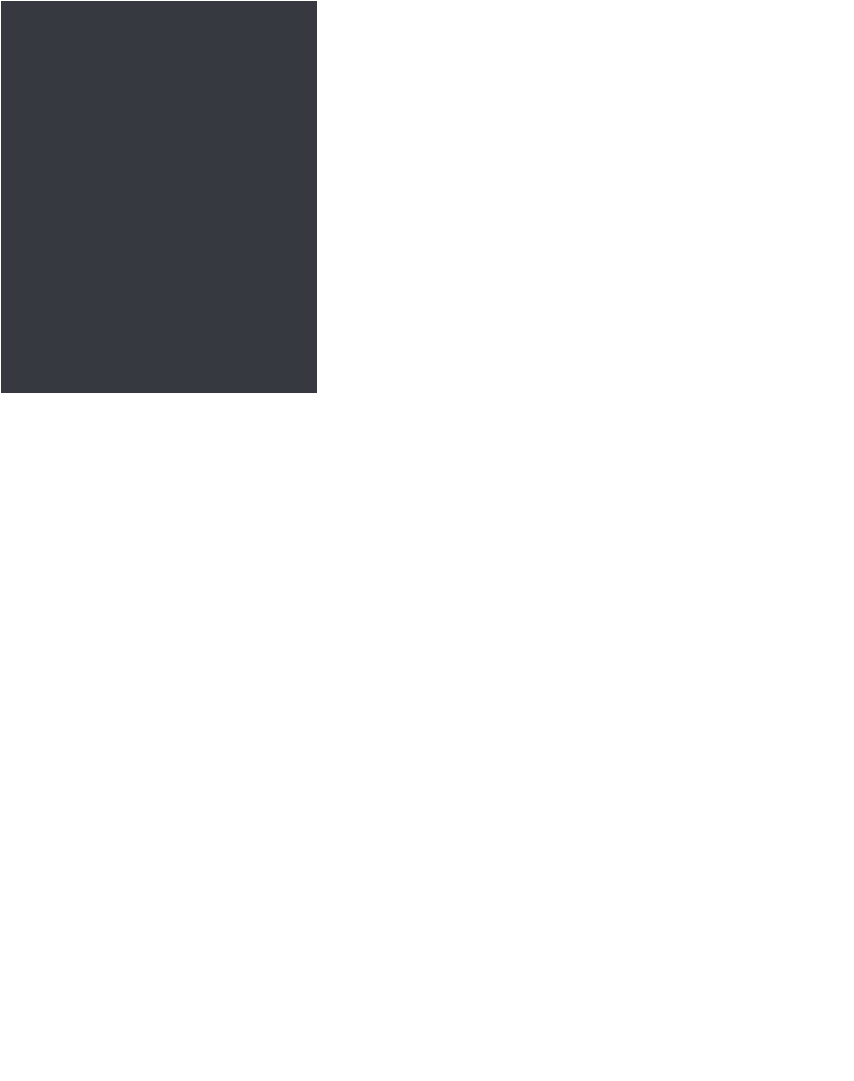
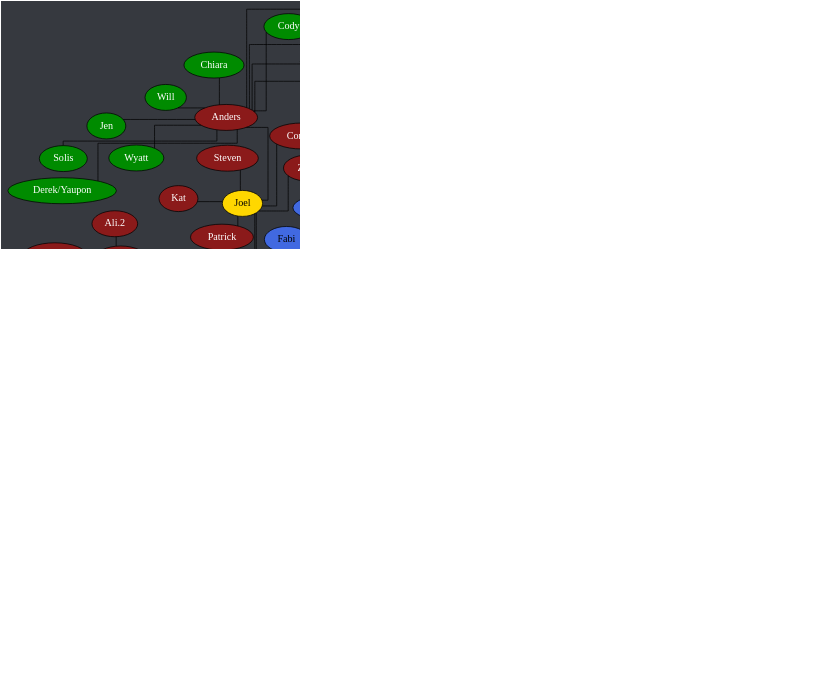
The diagram in tree.dot (Documidas/CoronaCatzFamilyTree), drawn with Graphviz before and after one commit. The commit also changed 1 other file, not shown here.

```diff
--- a/tree.dot
+++ b/tree.dot
@@ -1,160 +1,160 @@
 strict graph {
 	// Layout Configuration
 	layout = neato;
 	dpi = 200;
 	epsilon = 0.01;
 	mode = major;
 	model = subset;
 	overlap = false;
 	splines = ortho;
 	start = rand;
 
 	// Visual Configuration
 	graph [ truecolor=true bgcolor="#36393f" ];
 	node [ style=filled fillcolor="gray" fontcolor="black" ];
 
 	subgraph "Joel" {
 		node [ style=filled fillcolor="firebrick4" fontcolor="white" ];
 		Joel [ style=filled fillcolor="gold" fontcolor="black" ];
 
 		Cayla -- "Ali.2";
 		Cayla -- Jonathan;
 		Cayla -- Kate;
 		Cayla -- Ranger;
 		Joel -- Anders;
 		Joel -- Cayla;
 		Joel -- Conner;
 		Joel -- Jared;
 		Joel -- Kat;
 		Joel -- Patrick;
 		Joel -- Steven;
 		Joel -- Zach;
 	}
 
 	subgraph "Anders" {
 		node [ style=filled fillcolor="green4" fontcolor="white" ];
 		// Anders [ style=filled fillcolor="green4" fontcolor="white" ];
 
 		Anders -- Chiara;
 		Anders -- Cody;
 		Anders -- Daniel;
 		Anders -- "Derek/Yaupon";
 		Anders -- DJ;
 		Anders -- Hahnur;
 		Anders -- Jen;
 		Anders -- Matt;
 		Anders -- Solis;
 		Anders -- Will;
 		Anders -- Wyatt;
 	}
 
 	subgraph "Jared" {
 		node [ style=filled fillcolor="royalblue" fontcolor="black" ];
 		// Jared [ style=filled fillcolor="royalblue" fontcolor="black" ];
 
 		Andrew -- Hannah;
 		Dave -- Everett;
 		Donnie -- Bryan;
 		Donnie -- Troy;
 		Greg -- "Ali.1";
 		Greg -- Andrew;
 		Greg -- Carter;
-		Greg -- GT;
 		Hannah -- Logan;
 		Jared -- Brandi;
 		Jared -- Dave;
 		Jared -- Donnie;
 		Jared -- Fabi;
 		Jared -- "Jack.2";
 		Jared -- Tyler;
 		Jared -- Greg;
 		Jared -- Isabelle;
 		Jared -- Mason;
 		Jared -- Mehmet;
 		Jared -- Nam;
 		Jared -- Spencer;
 		Jared -- "Zach/Laniakea";
 		Jared -- "Zöe";
 		Logan -- Raana;
 		Troy -- Drake;
 		Tyler -- Gaby;
 	}
 
 	subgraph "Zach/Laniakea" {
 		node [ style=filled fillcolor="#4eff2c" fontcolor="black" ];
 		// "Zach/Laniakea" [ style=filled fillcolor="#4eff2c" fontcolor="black" ];
 
 		"Caio.2" -- "Kyle.1";
 		"Caio.2" -- Lucas;
 		"Zach/Laniakea" -- Allen;
 		"Zach/Laniakea" -- "Caio.2";
 		"Zach/Laniakea" -- Colin;
 		"Zach/Laniakea" -- John;
 		"Zach/Laniakea" -- Kevin;
 		"Zach/Laniakea" -- "Kyle.0";
 		"Zach/Laniakea" -- Mike;
 		"Zach/Laniakea" -- "Ryan.1";
 	}
 
 	subgraph "John" {
 		node [ style=filled fillcolor="#c89b3c" fontcolor="black" ];
 		// John [ style=filled fillcolor="#c89b3c" fontcolor="black" ];
 
 		Haber -- "Derek/Nomad";
 		John -- Anna;
 		John -- Emily;
 		John -- Haber;
 		John -- Jay;
 		John -- Jack;
 		John -- Lara;
 		John -- Monarch;
 		John -- "Oliger/Leanza";
 		John -- Thomas;
 	}
 
 	subgraph "John-stream" {
 		// node [ style=filled fillcolor="#9147ff" fontcolor="black" ];
 		node [ style=filled fillcolor="#c89b3c" fontcolor="black" ];
 
 		John -- "Michael/Wheezy";
 	}
 
 	subgraph "Thomas" {
 		node [ style=filled fillcolor="#b04900" fontcolor="black" ];
 		// Thomas [ style=filled fillcolor="#b04900" fontcolor="black" ];
 
 		Thomas -- Alex;
 		Thomas -- JD;
 		Thomas -- Josh;
 		Thomas -- Juan;
 		Thomas -- Taylor;
 		Thomas -- Tony;
 		Thomas -- Travis;
+		Tony -- GT;
 	}
 
 	subgraph "Alex" {
 		node [ style=filled fillcolor="#6f2da8" fontcolor="white" ];
 		// Alex [ style=filled fillcolor="#6f2da8" fontcolor="black" ];
 
 		Alex -- "Alex/Blitt";
 		Alex -- "Da'Von";
 		Alex -- Sam;
 		"Alex/Blitt" -- Alan;
 		"Alex/Blitt" -- "Alex the 3rd";
 		"Alex/Blitt" -- Brian;
 		"Alex/Blitt" -- Carlos;
 		"Alex/Blitt" -- Chris;
 		"Alex/Blitt" -- Frank;
 		"Alex/Blitt" -- Gabe;
 		"Alex/Blitt" -- "Kyle.3";
 		"Alex/Blitt" -- "Ryan.2";
 		"Alex/Blitt" -- "Sam.2";
 		"Da'Von" -- Dalton;
 		"Da'Von" -- Kuri;
 		"Da'Von" -- Zellar;
 		Dalton -- Graysen;
 		Kuri -- Drew;
 		Kuri -- Jon;
 		Kuri -- Karma;
 	}
 }
```
